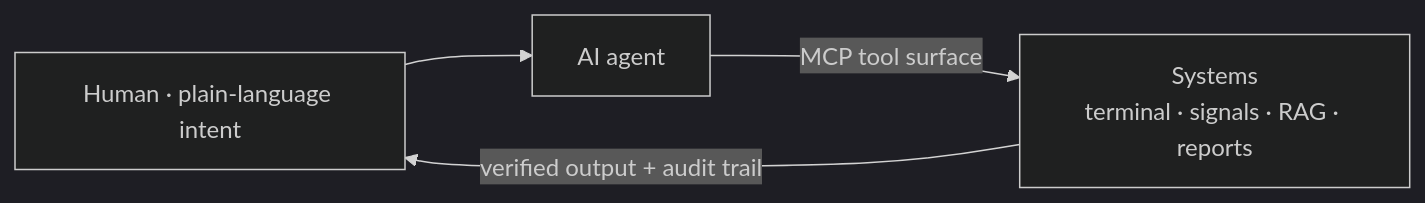
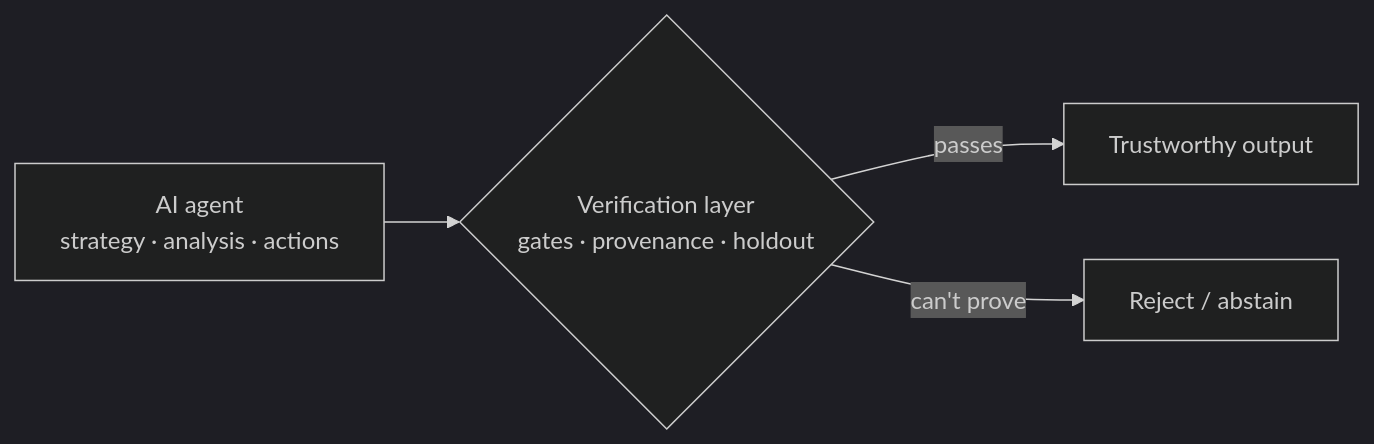
Before and after one commit to 0Smallcat0/0Smallcat0: the diagram in README.md, drawn with Mermaid (dark theme). The commit also changed other lines of this file, not shown here.

Commit message:
Reframe profile for graduate research applications (trustworthy AI in finance)

````diff
--- a/README.md
+++ b/README.md
@@ -13,6 +16,6 @@
 ```mermaid
 flowchart LR
-    H["Human · plain-language intent"] --> A["AI agent"]
-    A -->|MCP tool surface| S["Systems<br/>terminal · signals · RAG · reports"]
-    S -->|"verified output + audit trail"| H
+    A["AI agent<br/>strategy · analysis · actions"] --> V{"Verification layer<br/>gates · provenance · holdout"}
+    V -->|passes| OK["Trustworthy output"]
+    V -->|can't prove| STOP["Reject / abstain"]
 ```
````
